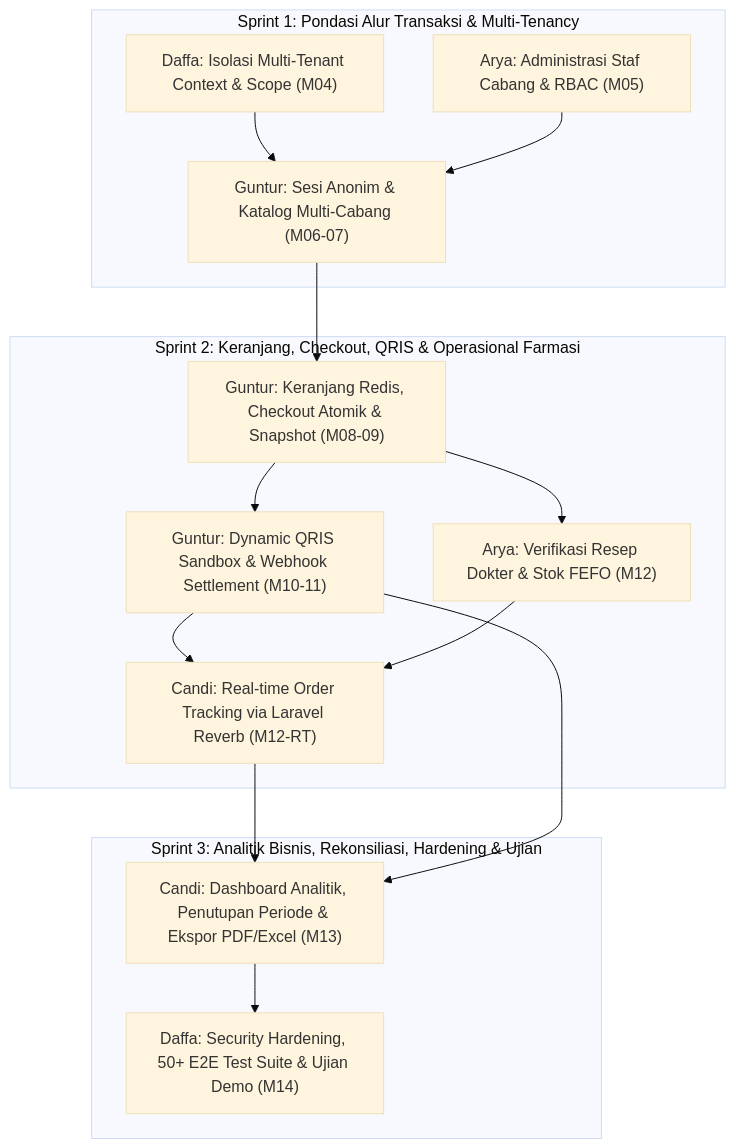
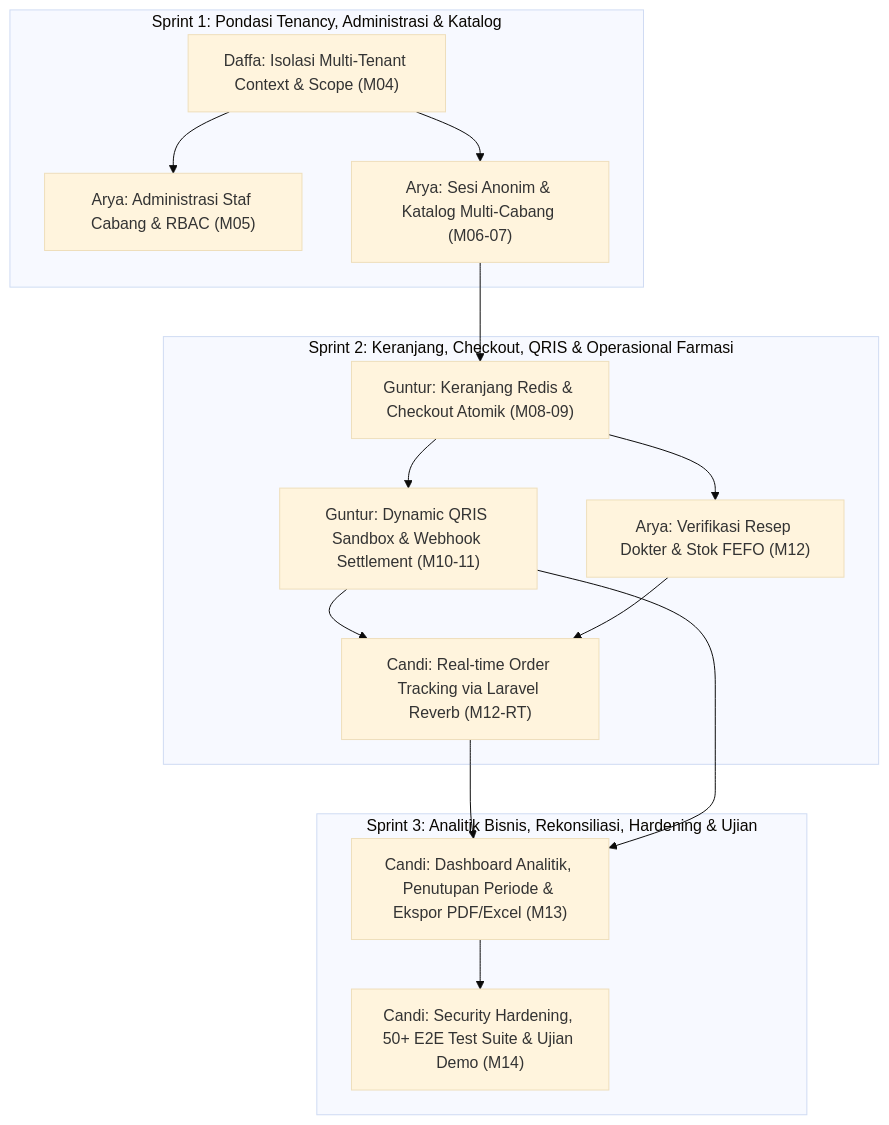
Before and after one commit to heliosparta18/startup: the diagram in docs/ROADMAP_DAN_PLANNING_PROYEK.md, drawn with Mermaid (base theme). The commit also changed other lines of this file and 4 other files, not shown here.

Commit message:
docs: update roadmap dan prd pembagian modul daffa guntur arya candi

````diff
--- a/docs/ROADMAP_DAN_PLANNING_PROYEK.md
+++ b/docs/ROADMAP_DAN_PLANNING_PROYEK.md
@@ -280,30 +321,30 @@
 ```mermaid
 flowchart TD
-    subgraph Sprint1["Sprint 1: Pondasi Alur Transaksi & Multi-Tenancy"]
+    subgraph Sprint1["Sprint 1: Pondasi Tenancy, Administrasi & Katalog"]
         A["Daffa: Isolasi Multi-Tenant Context & Scope (M04)"]
         B["Arya: Administrasi Staf Cabang & RBAC (M05)"]
-        C["Guntur: Sesi Anonim & Katalog Multi-Cabang (M06-07)"]
+        C["Arya: Sesi Anonim & Katalog Multi-Cabang (M06-07)"]
+        A --> B
         A --> C
-        B --> C
     end
 
     subgraph Sprint2["Sprint 2: Keranjang, Checkout, QRIS & Operasional Farmasi"]
-        D["Guntur: Keranjang Redis, Checkout Atomik & Snapshot (M08-09)"]
+        D["Guntur: Keranjang Redis & Checkout Atomik (M08-09)"]
         E["Guntur: Dynamic QRIS Sandbox & Webhook Settlement (M10-11)"]
         F["Arya: Verifikasi Resep Dokter & Stok FEFO (M12)"]
         G["Candi: Real-time Order Tracking via Laravel Reverb (M12-RT)"]
         C --> D
         D --> E
         D --> F
         E --> G
         F --> G
     end
 
     subgraph Sprint3["Sprint 3: Analitik Bisnis, Rekonsiliasi, Hardening & Ujian"]
         H["Candi: Dashboard Analitik, Penutupan Periode & Ekspor PDF/Excel (M13)"]
-        I["Daffa: Security Hardening, 50+ E2E Test Suite & Ujian Demo (M14)"]
+        I["Candi: Security Hardening, 50+ E2E Test Suite & Ujian Demo (M14)"]
         G --> H
         E --> H
         H --> I
     end
 ```
````
